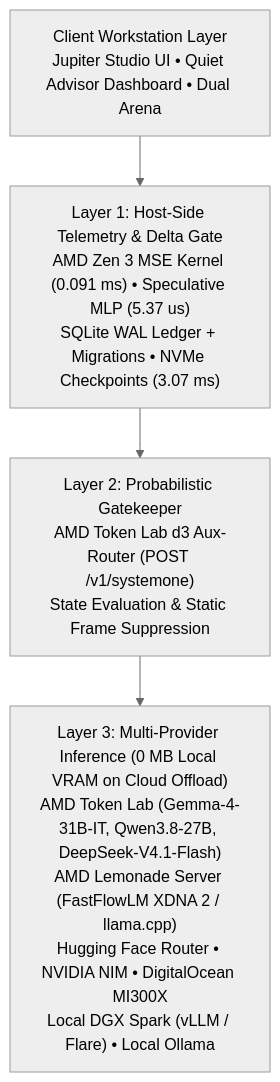
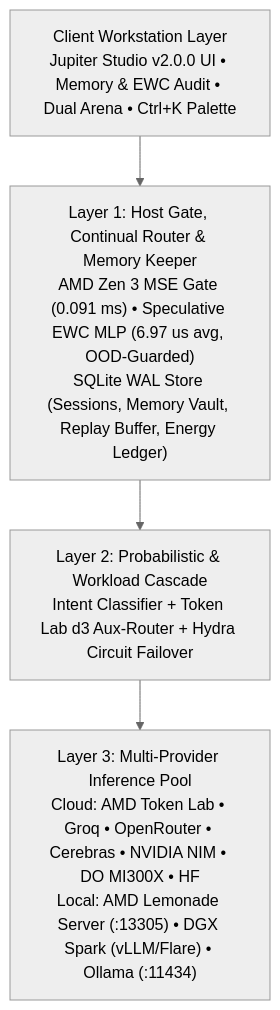
One commit to JupiterIsland/memoryos changed the diagram in README.md. Above: the diagram before and after it, drawn with Mermaid (neutral theme). The commit also changed other lines of this file and 17 other files, not shown here.

Commit message:
release(v2.0.0): ship Precision Obsidian UI, Memory Keeper EWC/VRAM reclaim, Groq/OpenRouter/Cerebras & Lemonade fixes

````diff
--- a/README.md
+++ b/README.md
@@ -118,9 +93,9 @@
 ```mermaid
 flowchart TD
-    UI["Client Workstation Layer<br/>Jupiter Studio UI • Quiet Advisor Dashboard • Dual Arena"]
-    L1["Layer 1: Host-Side Telemetry &amp; Delta Gate<br/>AMD Zen 3 MSE Kernel (0.091 ms) • Speculative MLP (5.37 us)<br/>SQLite WAL Ledger + Migrations • NVMe Checkpoints (3.07 ms)"]
-    L2["Layer 2: Probabilistic Gatekeeper<br/>AMD Token Lab d3 Aux-Router (POST /v1/systemone)<br/>State Evaluation &amp; Static Frame Suppression"]
-    L3["Layer 3: Multi-Provider Inference (0 MB Local VRAM on Cloud Offload)<br/>AMD Token Lab (Gemma-4-31B-IT, Qwen3.8-27B, DeepSeek-V4.1-Flash)<br/>AMD Lemonade Server (FastFlowLM XDNA 2 / llama.cpp)<br/>Hugging Face Router • NVIDIA NIM • DigitalOcean MI300X<br/>Local DGX Spark (vLLM / Flare) • Local Ollama"]
+    UI["Client Workstation Layer<br/>Jupiter Studio v2.0.0 UI • Memory &amp; EWC Audit • Dual Arena • Ctrl+K Palette"]
+    L1["Layer 1: Host Gate, Continual Router &amp; Memory Keeper<br/>AMD Zen 3 MSE Gate (0.091 ms) • Speculative EWC MLP (6.97 us avg, OOD-Guarded)<br/>SQLite WAL Store (Sessions, Memory Vault, Replay Buffer, Energy Ledger)"]
+    L2["Layer 2: Probabilistic &amp; Workload Cascade<br/>Intent Classifier + Token Lab d3 Aux-Router + Hydra Circuit Failover"]
+    L3["Layer 3: Multi-Provider Inference Pool<br/>Cloud: AMD Token Lab • Groq • OpenRouter • Cerebras • NVIDIA NIM • DO MI300X • HF<br/>Local: AMD Lemonade Server (:13305) • DGX Spark (vLLM/Flare) • Ollama (:11434)"]
 
     UI --> L1 --> L2 --> L3
 ```
````
